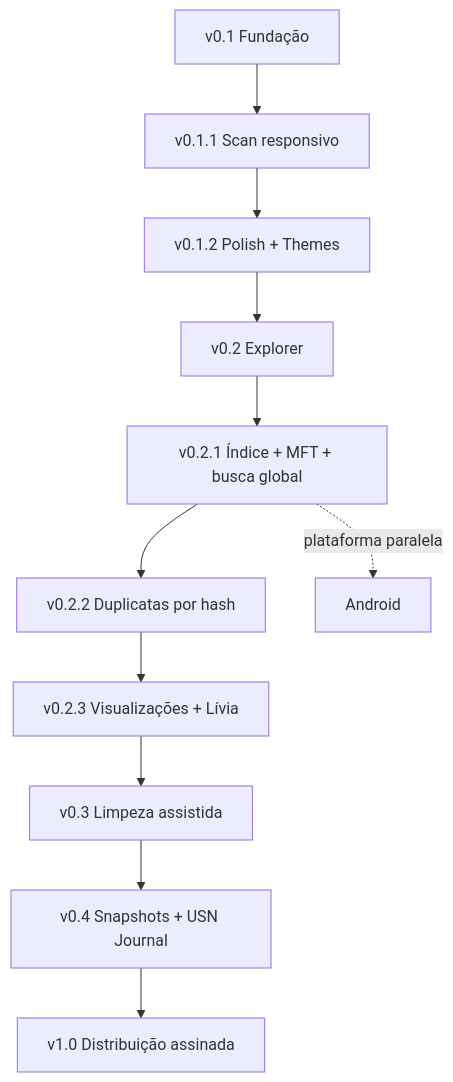
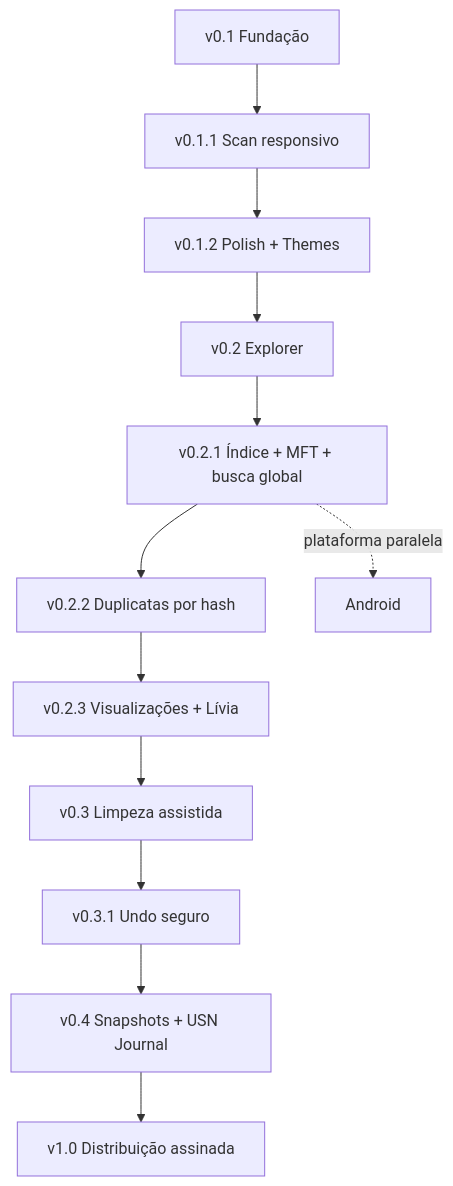
The seventh of 7 diagrams in README.md (tombemol/L.I.V.I.A), drawn with Mermaid before and after one commit. The commit also changed other lines of this file and 10 other files, not shown here.

First line of the commit message:
feat: L.I.V.I.A. v0.3.1 — undo seguro e revisão de duplicatas

````diff
--- a/README.md
+++ b/README.md
@@ -322,13 +362,14 @@
 ```mermaid
 flowchart TD
     A[v0.1 Fundação] --> B[v0.1.1 Scan responsivo]
     B --> C[v0.1.2 Polish + Themes]
     C --> D[v0.2 Explorer]
     D --> E[v0.2.1 Índice + MFT + busca global]
     E --> F[v0.2.2 Duplicatas por hash]
     F --> V[v0.2.3 Visualizações + Lívia]
     V --> G[v0.3 Limpeza assistida]
-    G --> H[v0.4 Snapshots + USN Journal]
+    G --> U[v0.3.1 Undo seguro]
+    U --> H[v0.4 Snapshots + USN Journal]
     H --> I[v1.0 Distribuição assinada]
     E -. plataforma paralela .-> J[Android]
 ```
````
